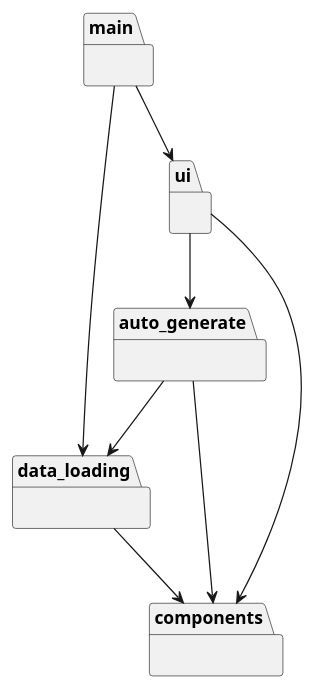
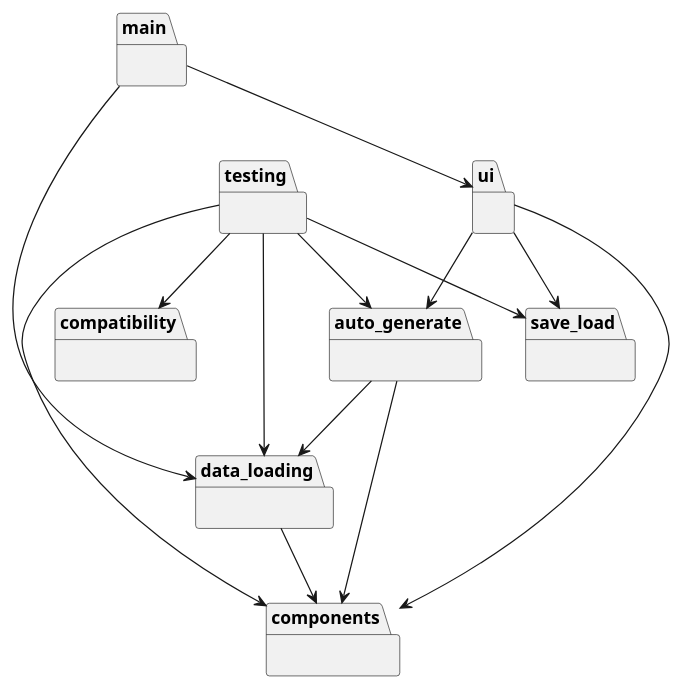
The diagram in packages.puml (FatPotato1/CIS-350-PC-Builder), drawn with PlantUML before and after one commit. The commit also changed 8 other files, not shown here.

```diff
--- a/packages.puml
+++ b/packages.puml
@@ -1,20 +1,32 @@
 @startuml packages
 set namespaceSeparator none
 package "auto_generate" as auto_generate {
+}
+package "compatibility" as compatibility {
 }
 package "components" as components {
 }
 package "data_loading" as data_loading {
 }
 package "main" as main {
+}
+package "save_load" as save_load {
+}
+package "testing" as testing {
 }
 package "ui" as ui {
 }
 auto_generate --> components
 auto_generate --> data_loading
 data_loading --> components
 main --> data_loading
 main --> ui
+testing --> auto_generate
+testing --> compatibility
+testing --> components
+testing --> data_loading
+testing --> save_load
 ui --> auto_generate
 ui --> components
+ui --> save_load
 @enduml
```
